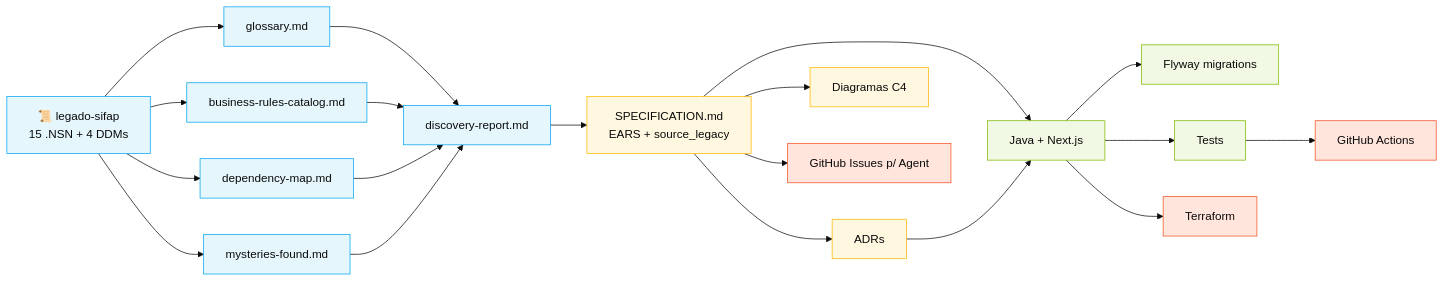
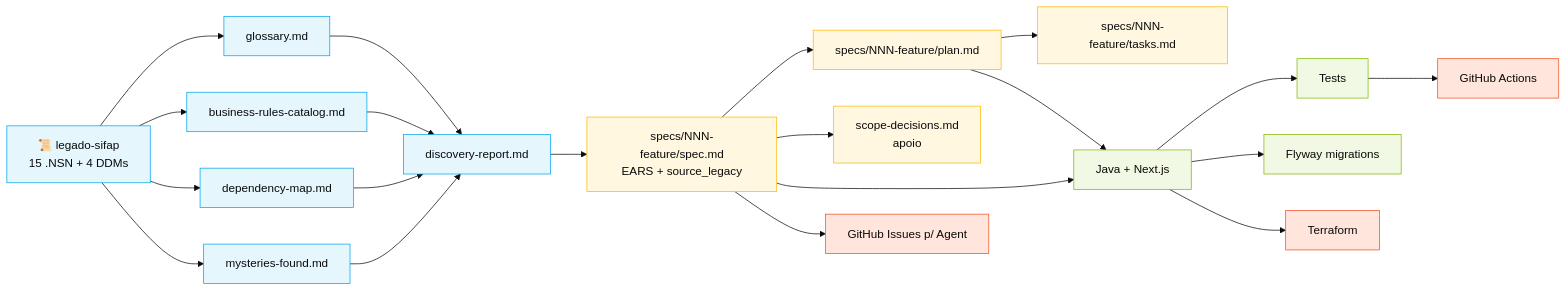
The diagram in 00-SITEMAP.md (paulasilvatech/datacorp-mm-team-kit), drawn with Mermaid (base theme) before and after one commit. The commit also changed other lines of this file and 121 other files, not shown here.

First line of the commit message:
Refactor documentation and templates for SDLC flow and specs

````diff
--- a/00-SITEMAP.md
+++ b/00-SITEMAP.md
@@ -64,38 +63,40 @@
 ```mermaid
 flowchart LR
     classDef stage1 fill:#E5F6FD,stroke:#00A4EF,color:#0A0A0A
     classDef stage2 fill:#FFF7E0,stroke:#FFB900,color:#0A0A0A
     classDef stage3 fill:#F1F8E3,stroke:#7FBA00,color:#0A0A0A
     classDef stage4 fill:#FFE5DC,stroke:#F25022,color:#0A0A0A
 
     LEGACY[📜 legado-sifap<br/>15 .NSN + 4 DDMs]:::stage1
     GLOSS[glossary.md]:::stage1
     BR[business-rules-catalog.md]:::stage1
     DEPS[dependency-map.md]:::stage1
     MIST[mysteries-found.md]:::stage1
     REPORT[discovery-report.md]:::stage1
 
-    SPEC[SPECIFICATION.md<br/>EARS + source_legacy]:::stage2
-    ADR[ADRs]:::stage2
-    C4[Diagramas C4]:::stage2
+    SPEC[specs/NNN-feature/spec.md<br/>EARS + source_legacy]:::stage2
+    PLAN[specs/NNN-feature/plan.md]:::stage2
+    TASKS[specs/NNN-feature/tasks.md]:::stage2
+    SCOPE[scope-decisions.md<br/>apoio]:::stage2
 
     CODE[Java + Next.js]:::stage3
     MIGS[Flyway migrations]:::stage3
     TESTS[Tests]:::stage3
 
     ISSUES[GitHub Issues p/ Agent]:::stage4
     TF[Terraform]:::stage4
     CI[GitHub Actions]:::stage4
 
     LEGACY --> GLOSS & BR & DEPS & MIST
     GLOSS & BR & DEPS & MIST --> REPORT
     REPORT --> SPEC
-    SPEC --> ADR & C4
+    SPEC --> PLAN --> TASKS
+    SPEC --> SCOPE
     SPEC --> CODE
-    ADR --> CODE
+    PLAN --> CODE
     CODE --> TESTS
     CODE --> MIGS
     SPEC --> ISSUES
     CODE --> TF
     TESTS --> CI
 ```
````
